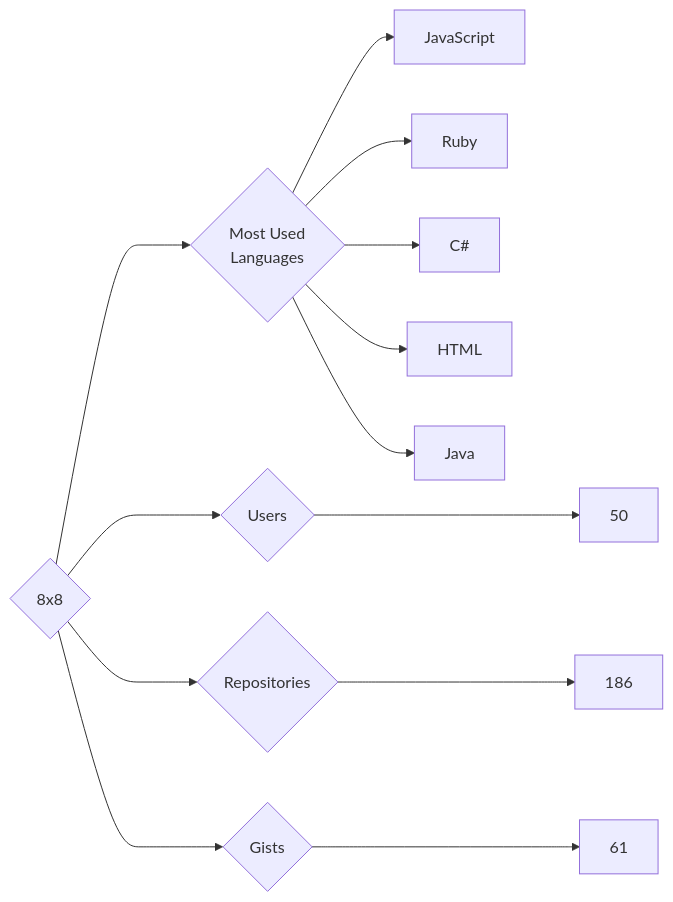
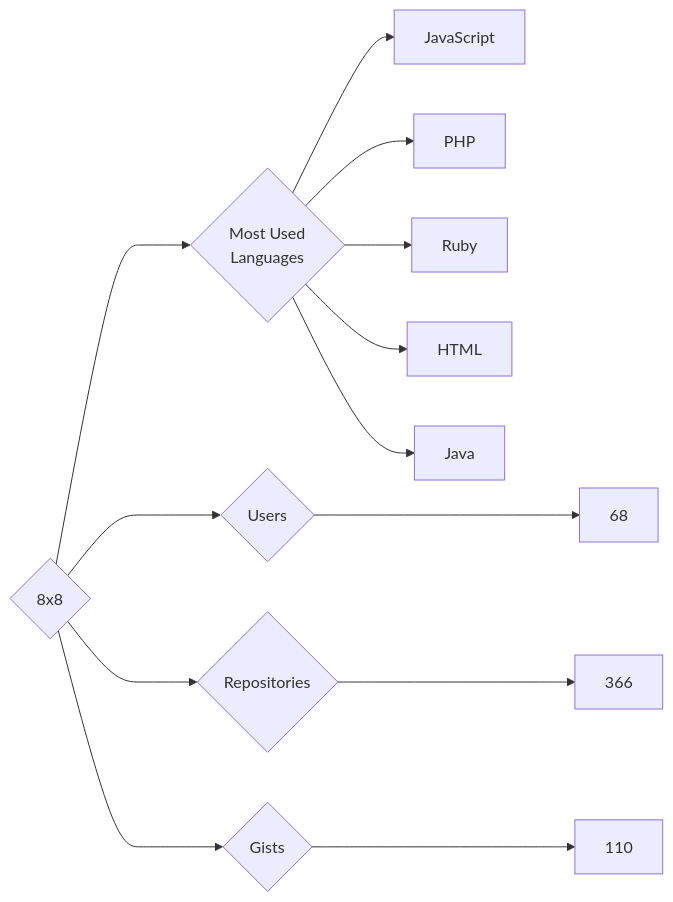
The diagram in targets/8x8/README.md (trickest/insiders), drawn with Mermaid before and after one commit. The commit also changed 682 other files, not shown here.

````diff
--- a/targets/8x8/README.md
+++ b/targets/8x8/README.md
@@ -3,13 +3,13 @@
 ```mermaid
 graph LR
 COMPANY_NAME{8x8}
-COMPANY_NAME ---> U{Users} ---> UN[50]
-COMPANY_NAME ---> R{Repositories} ---> RN[186]
-COMPANY_NAME ---> G{Gists} ---> GN[61]
+COMPANY_NAME ---> U{Users} ---> UN[68]
+COMPANY_NAME ---> R{Repositories} ---> RN[366]
+COMPANY_NAME ---> G{Gists} ---> GN[110]
 COMPANY_NAME ---> ML{Most Used<br>Languages}
 ML --> JavaScript[JavaScript]
+ML --> PHP[PHP]
 ML --> Ruby[Ruby]
-ML --> C#[C#]
 ML --> HTML[HTML]
 ML --> Java[Java]
 ```
````
